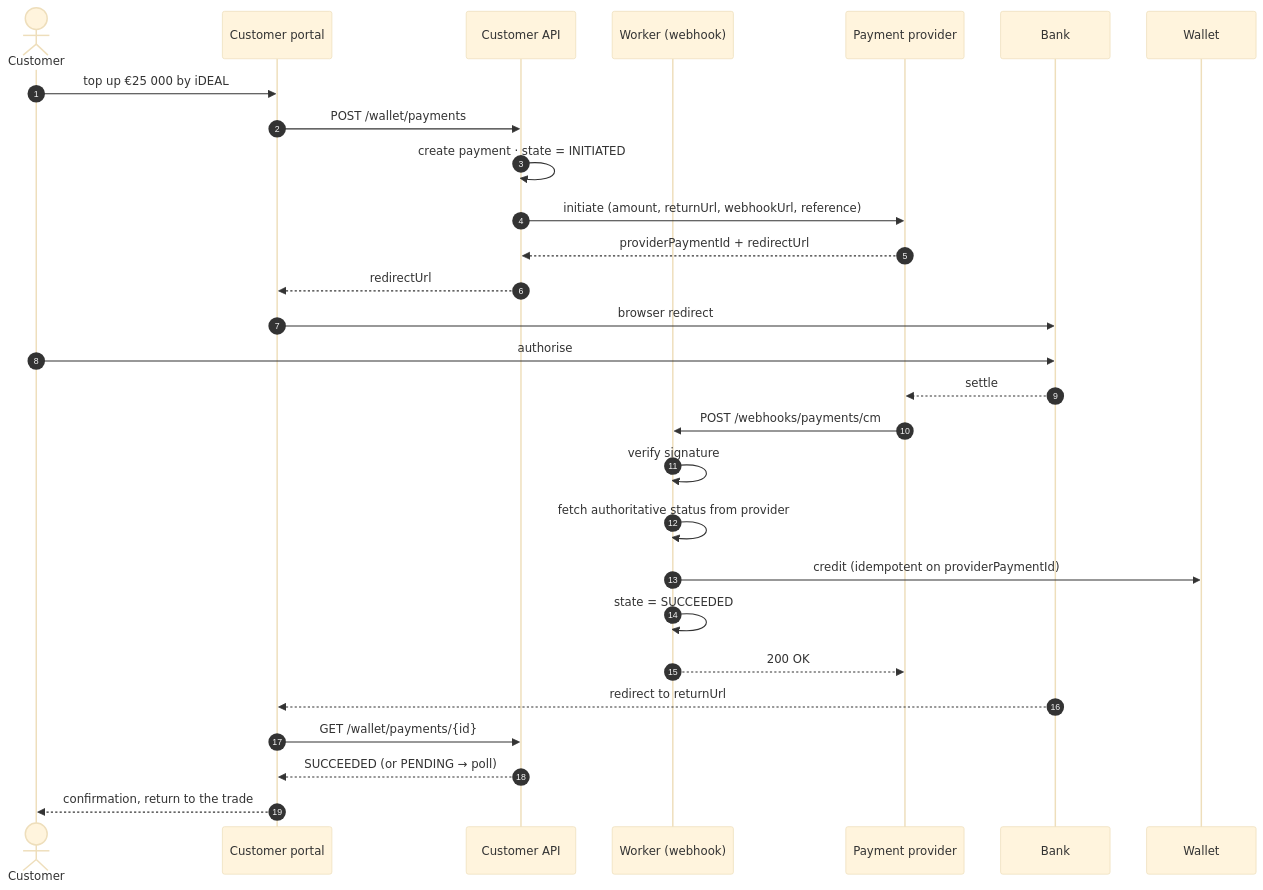
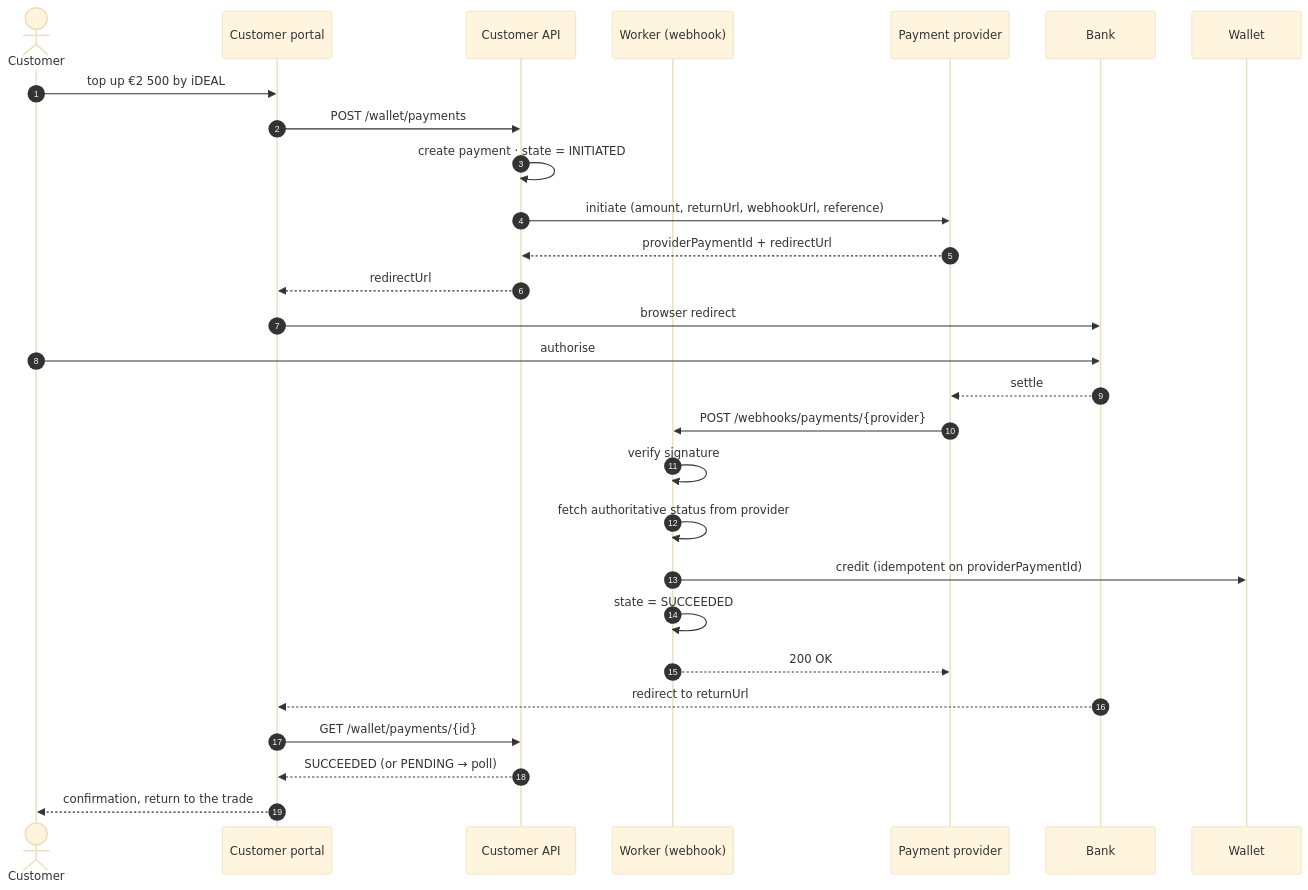
Before and after one commit to lukastosic-ifd/peakpowerspecs: the first of 4 diagrams in specs/30-integrations/03-payments-cm-com.md, drawn with Mermaid (base theme). The commit also changed other lines of this file and 66 other files, not shown here.

````diff
--- a/specs/30-integrations/03-payments-cm-com.md
+++ b/specs/30-integrations/03-payments-cm-com.md
@@ -35,34 +63,34 @@
 ```mermaid
 sequenceDiagram
     autonumber
     actor C as Customer
     participant P as Customer portal
     participant API as Customer API
     participant W as Worker (webhook)
     participant PSP as Payment provider
     participant BANK as Bank
     participant WAL as Wallet
 
-    C->>P: top up €25 000 by iDEAL
+    C->>P: top up €2 500 by iDEAL
     P->>API: POST /wallet/payments
     API->>API: create payment · state = INITIATED
     API->>PSP: initiate (amount, returnUrl, webhookUrl, reference)
     PSP-->>API: providerPaymentId + redirectUrl
     API-->>P: redirectUrl
     P->>BANK: browser redirect
 
     C->>BANK: authorise
     BANK-->>PSP: settle
 
-    PSP->>W: POST /webhooks/payments/cm
+    PSP->>W: POST /webhooks/payments/{provider}
     W->>W: verify signature
     W->>W: fetch authoritative status from provider
     W->>WAL: credit (idempotent on providerPaymentId)
     W->>W: state = SUCCEEDED
     W-->>PSP: 200 OK
 
     BANK-->>P: redirect to returnUrl
     P->>API: GET /wallet/payments/{id}
     API-->>P: SUCCEEDED (or PENDING → poll)
     P-->>C: confirmation, return to the trade
 ```
````
